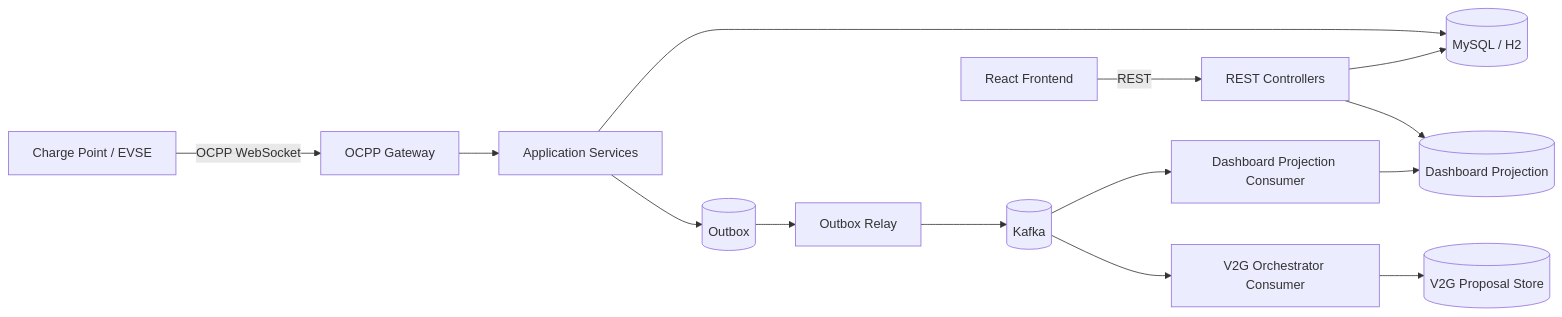
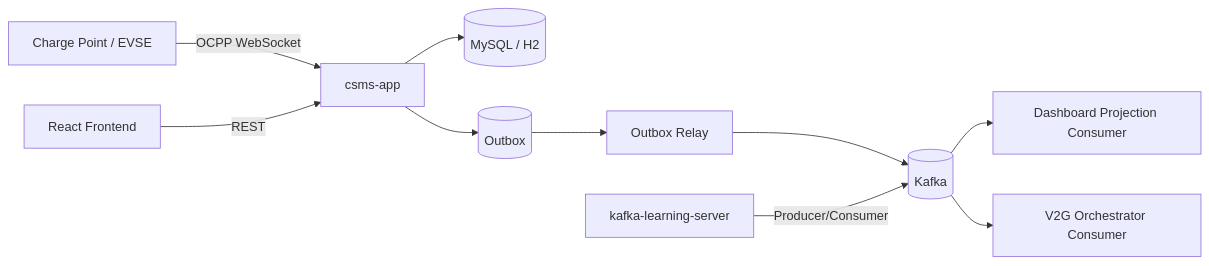
Before and after one commit to Aimbe/v2g-csms: the diagram in README.md, drawn with Mermaid. The commit also changed other lines of this file and 1 other file, not shown here.

First line of the commit message:
docs(config): 멀티모듈과 Kafka 학습 서버 사용법을 바로 따라 하게 정리한다

````diff
--- a/README.md
+++ b/README.md
@@ -34,19 +51,14 @@
 ```mermaid
 flowchart LR
-    CP[Charge Point / EVSE] -->|OCPP WebSocket| WS[OCPP Gateway]
-    WS --> APP[Application Services]
-    APP --> DB[(MySQL / H2)]
-    APP --> OUTBOX[(Outbox)]
+    CP[Charge Point / EVSE] -->|OCPP WebSocket| CSMS[csms-app]
+    CSMS --> DB[(MySQL / H2)]
+    CSMS --> OUTBOX[(Outbox)]
     OUTBOX --> RELAY[Outbox Relay]
     RELAY --> KAFKA[(Kafka)]
 
+    LEARN[kafka-learning-server] -->|Producer/Consumer| KAFKA
     KAFKA --> DPROJ[Dashboard Projection Consumer]
     KAFKA --> V2G[V2G Orchestrator Consumer]
 
-    DPROJ --> RDB[(Dashboard Projection)]
-    V2G --> PDB[(V2G Proposal Store)]
-
-    FE[React Frontend] -->|REST| API[REST Controllers]
-    API --> DB
-    API --> RDB
+    FE[React Frontend] -->|REST| CSMS
 ```
````
